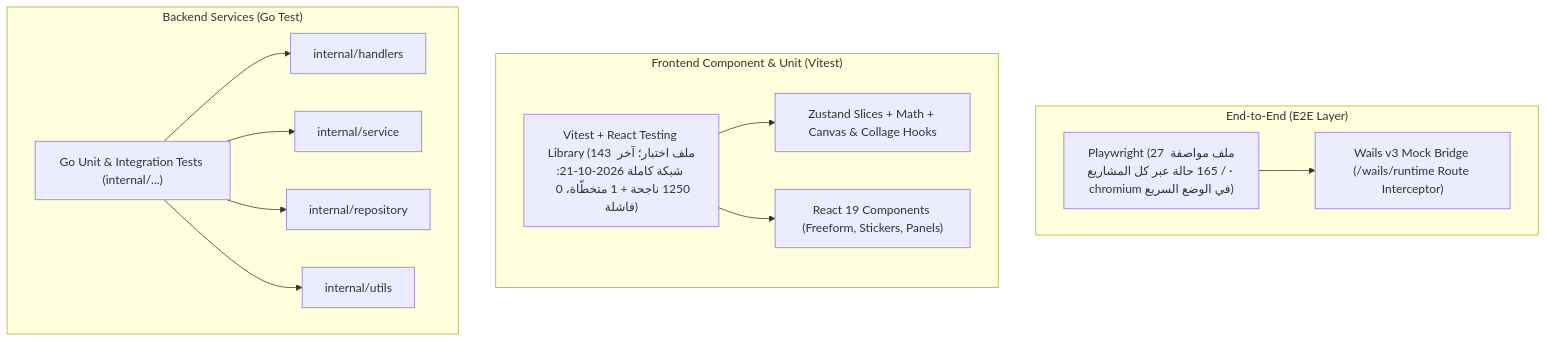
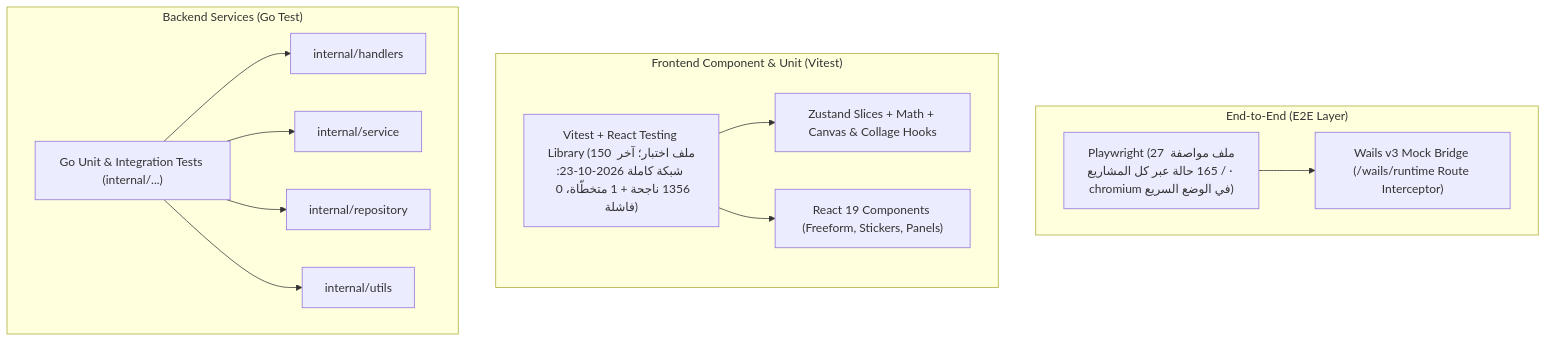
The diagram in docs/testing_guide.md (wisam79/grido), drawn with Mermaid before and after one commit. The commit also changed other lines of this file and 62 other files, not shown here.

````diff
--- a/docs/testing_guide.md
+++ b/docs/testing_guide.md
@@ -11,28 +11,28 @@
 ```mermaid
 flowchart TD
     subgraph E2E ["End-to-End (E2E Layer)"]
         PW["Playwright (27 ملف مواصفة / 165 حالة عبر كل المشاريع · chromium في الوضع السريع)"]
         Bridge["Wails v3 Mock Bridge (/wails/runtime Route Interceptor)"]
         PW --> Bridge
     end
 
     subgraph FE ["Frontend Component & Unit (Vitest)"]
-        VTests["Vitest + React Testing Library (143 ملف اختبار؛ آخر شبكة كاملة 2026-10-21: 1250 ناجحة + 1 متخطّاة، 0 فاشلة)"]
+        VTests["Vitest + React Testing Library (150 ملف اختبار؛ آخر شبكة كاملة 2026-10-23: 1356 ناجحة + 1 متخطّاة، 0 فاشلة)"]
         Zustand["Zustand Slices + Math + Canvas & Collage Hooks"]
         Comps["React 19 Components (Freeform, Stickers, Panels)"]
         VTests --> Zustand
         VTests --> Comps
     end
 
     subgraph BE ["Backend Services (Go Test)"]
         GoTests["Go Unit & Integration Tests (internal/...)"]
         Handlers["internal/handlers"]
         Services["internal/service"]
         Repo["internal/repository"]
         Utils["internal/utils"]
         GoTests --> Handlers
         GoTests --> Services
         GoTests --> Repo
         GoTests --> Utils
     end
 ```
````
